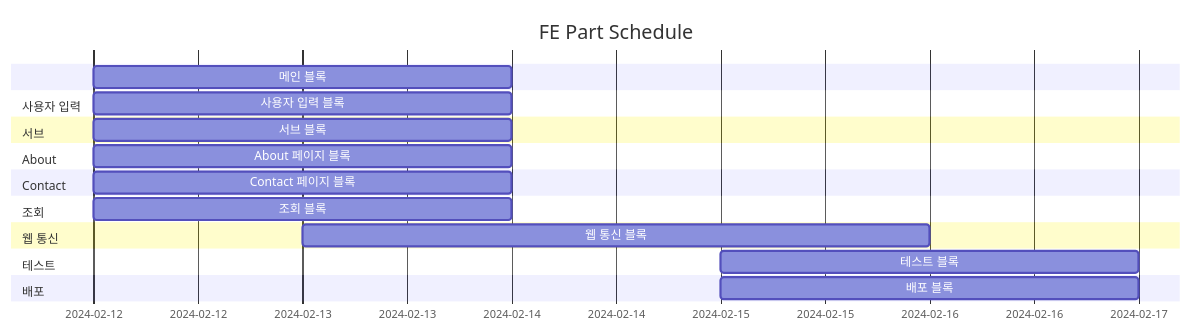
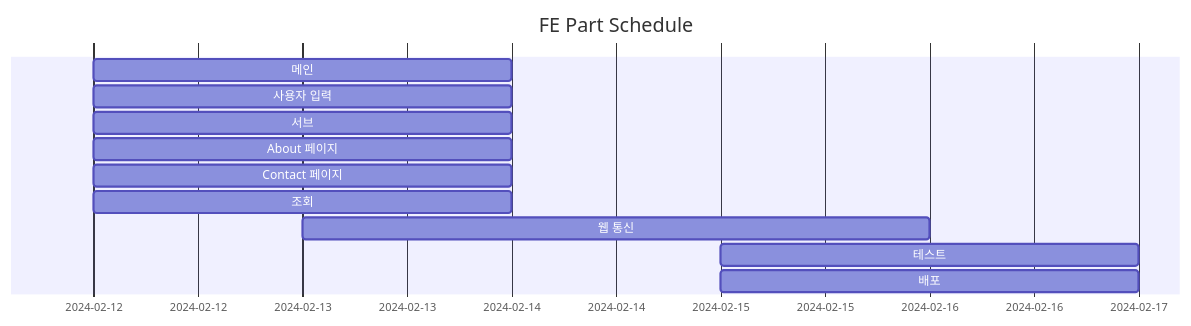
One commit to TheRealParkJoohyung/product-pricing changed the second of 2 diagrams in README.md. Above: the diagram before and after it, drawn with Mermaid.

````diff
--- a/README.md
+++ b/README.md
@@ -61,22 +61,14 @@
 ```mermaid
 gantt
     title FE Part Schedule
     dateFormat YYYY-MM-DD
-    메인 블록 :2024-02-12, 2d
-    section 사용자 입력
-        사용자 입력 블록 :2024-02-12, 2d
-    section 서브
-        서브 블록 :2024-02-12, 2d
-    section About
-        About 페이지 블록 :2024-02-12, 2d
-    section Contact
-        Contact 페이지 블록 :2024-02-12, 2d
-    section 조회
-        조회 블록 :2024-02-12, 2d
-    section 웹 통신
-        웹 통신 블록 :2024-02-13, 3d
-    section 테스트
-        테스트 블록 :2024-02-15, 2d
-    section 배포
-        배포 블록 :2024-02-15, 2d
+    메인 :2024-02-12, 2d
+    사용자 입력 :2024-02-12, 2d
+    서브 :2024-02-12, 2d
+    About 페이지 :2024-02-12, 2d
+    Contact 페이지 :2024-02-12, 2d
+    조회 :2024-02-12, 2d
+    웹 통신 :2024-02-13, 3d
+    테스트 :2024-02-15, 2d
+    배포 :2024-02-15, 2d
 ```
````
